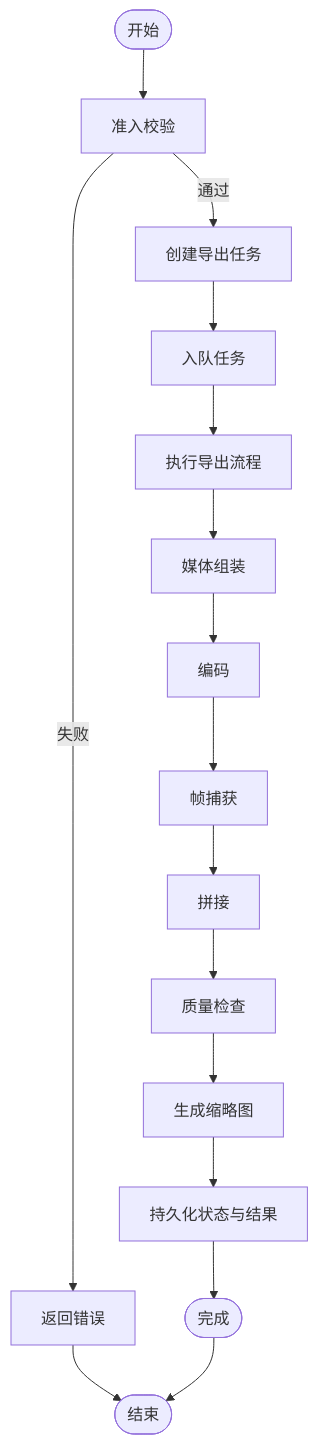
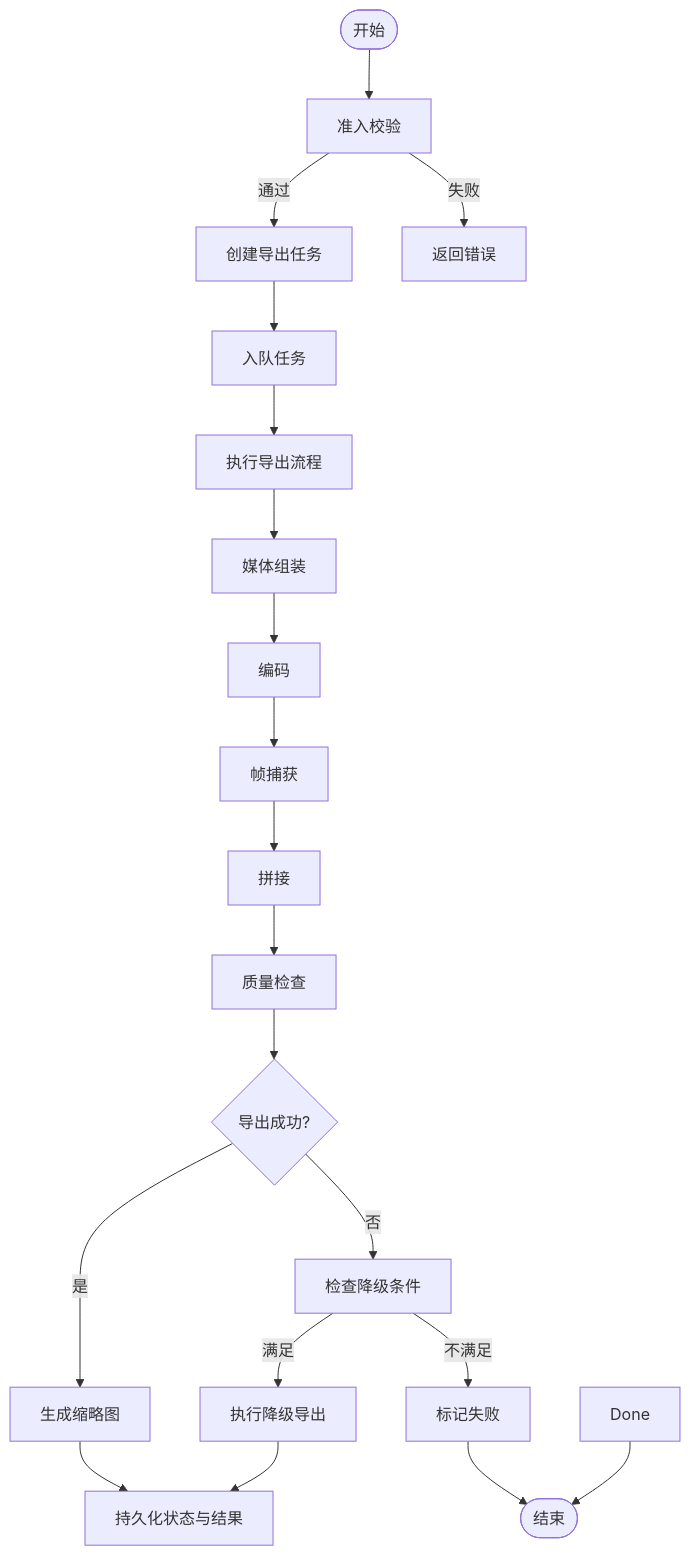
Before and after one commit to scottcwy/PurpleInk: the third of 9 diagrams in .qoder/repowiki/zh/content/渲染引擎/导出服务.md, drawn with Mermaid. The commit also changed other lines of this file and 109 other files, not shown here.

````diff
--- a/.qoder/repowiki/zh/content/渲染引擎/导出服务.md
+++ b/.qoder/repowiki/zh/content/渲染引擎/导出服务.md
@@ -196,18 +220,22 @@
 ```mermaid
 flowchart TD
 Start(["开始"]) --> Validate["准入校验"]
 Validate --> |通过| CreateTask["创建导出任务"]
 Validate --> |失败| ReturnError["返回错误"]
 CreateTask --> Enqueue["入队任务"]
 Enqueue --> Execute["执行导出流程"]
 Execute --> Assemble["媒体组装"]
 Assemble --> Encode["编码"]
 Encode --> Capture["帧捕获"]
 Capture --> ConcatStep["拼接"]
 ConcatStep --> QA["质量检查"]
-QA --> ThumbnailGen["生成缩略图"]
-ThumbnailGen --> Persist["持久化状态与结果"]
-Persist --> Done(["完成"])
-ReturnError --> End(["结束"])
+QA --> Success{"导出成功?"}
+Success --> |是| ThumbnailGen["生成缩略图"]
+Success --> |否| CheckDegraded["检查降级条件"]
+CheckDegraded --> |满足| DegradedPath["执行降级导出"]
+CheckDegraded --> |不满足| Fail["标记失败"]
+DegradedPath --> Persist["持久化状态与结果"]
+ThumbnailGen --> Persist
+Fail --> End(["结束"])
 Done --> End
 ```
````
